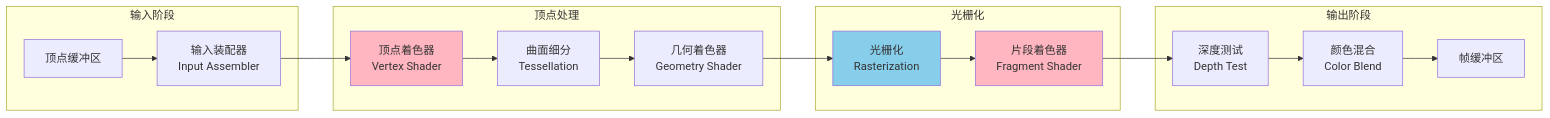
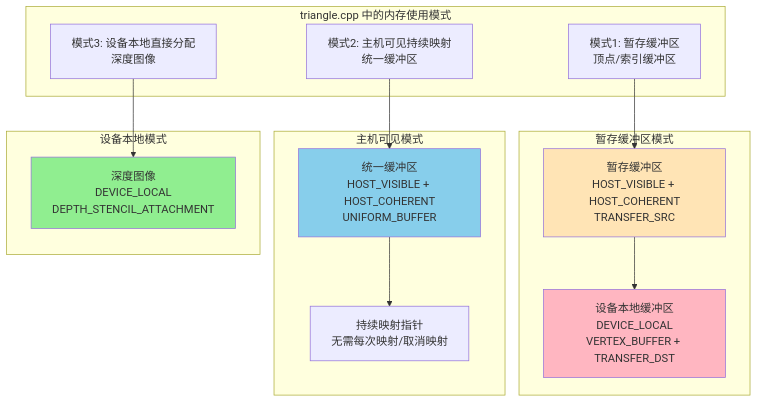
One commit to diandiandevelop/Vulkan changed diagram 12 of 23 in fenxi/Vulkan框架模型文档.md. Above: the diagram before and after it, drawn with Mermaid. The commit also changed other lines of this file, not shown here.

````diff
--- a/fenxi/Vulkan框架模型文档.md
+++ b/fenxi/Vulkan框架模型文档.md
@@ -248,38 +1027,33 @@
 ```mermaid
-graph LR
-    subgraph "输入阶段"
-        InputAssembler[输入装配器<br/>Input Assembler]
-        VertexBuffer[顶点缓冲区]
+graph TB
+    subgraph "triangle.cpp 中的内存使用模式"
+        Mode1[模式1: 暂存缓冲区<br/>顶点/索引缓冲区]
+        Mode2[模式2: 主机可见持续映射<br/>统一缓冲区]
+        Mode3[模式3: 设备本地直接分配<br/>深度图像]
     end
     
-    subgraph "顶点处理"
-        VertexShader[顶点着色器<br/>Vertex Shader]
-        Tessellation[曲面细分<br/>Tessellation]
-        GeometryShader[几何着色器<br/>Geometry Shader]
+    subgraph "暂存缓冲区模式"
+        Staging[暂存缓冲区<br/>HOST_VISIBLE + HOST_COHERENT<br/>TRANSFER_SRC]
+        DeviceVB[设备本地缓冲区<br/>DEVICE_LOCAL<br/>VERTEX_BUFFER + TRANSFER_DST]
     end
     
-    subgraph "光栅化"
-        Rasterization[光栅化<br/>Rasterization]
-        FragmentShader[片段着色器<br/>Fragment Shader]
+    subgraph "主机可见模式"
+        UniformBuf[统一缓冲区<br/>HOST_VISIBLE + HOST_COHERENT<br/>UNIFORM_BUFFER]
+        MappedPtr[持续映射指针<br/>无需每次映射/取消映射]
     end
     
-    subgraph "输出阶段"
-        ColorBlend[颜色混合<br/>Color Blend]
-        DepthTest[深度测试<br/>Depth Test]
-        FrameBuffer[帧缓冲区]
+    subgraph "设备本地模式"
+        DepthImg[深度图像<br/>DEVICE_LOCAL<br/>DEPTH_STENCIL_ATTACHMENT]
     end
     
-    VertexBuffer --> InputAssembler
-    InputAssembler --> VertexShader
-    VertexShader --> Tessellation
-    Tessellation --> GeometryShader
-    GeometryShader --> Rasterization
-    Rasterization --> FragmentShader
-    FragmentShader --> DepthTest
-    DepthTest --> ColorBlend
-    ColorBlend --> FrameBuffer
+    Mode1 --> Staging
+    Staging --> DeviceVB
+    Mode2 --> UniformBuf
+    UniformBuf --> MappedPtr
+    Mode3 --> DepthImg
     
-    style VertexShader fill:#FFB6C1
-    style FragmentShader fill:#FFB6C1
-    style Rasterization fill:#87CEEB
+    style Staging fill:#FFE4B5
+    style DeviceVB fill:#FFB6C1
+    style UniformBuf fill:#87CEEB
+    style DepthImg fill:#90EE90
 ```
````
